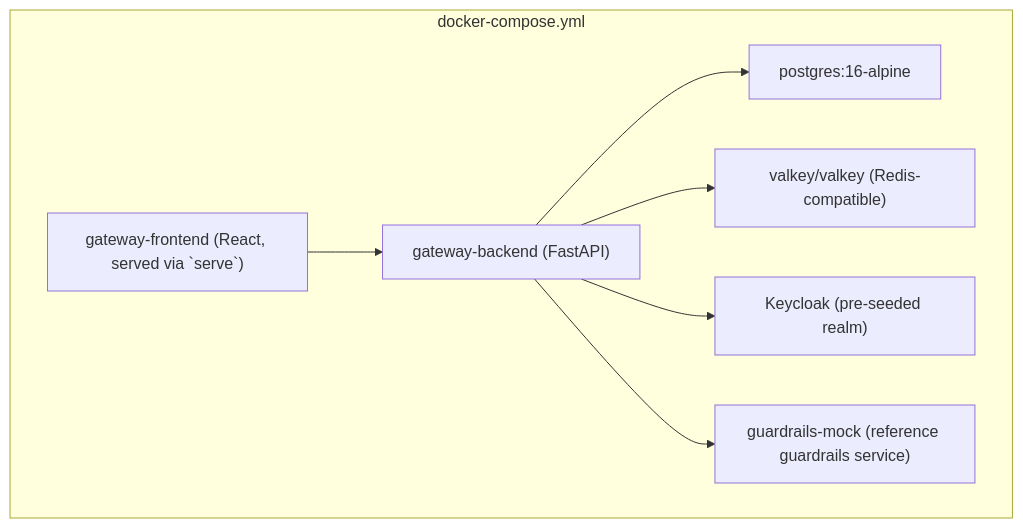
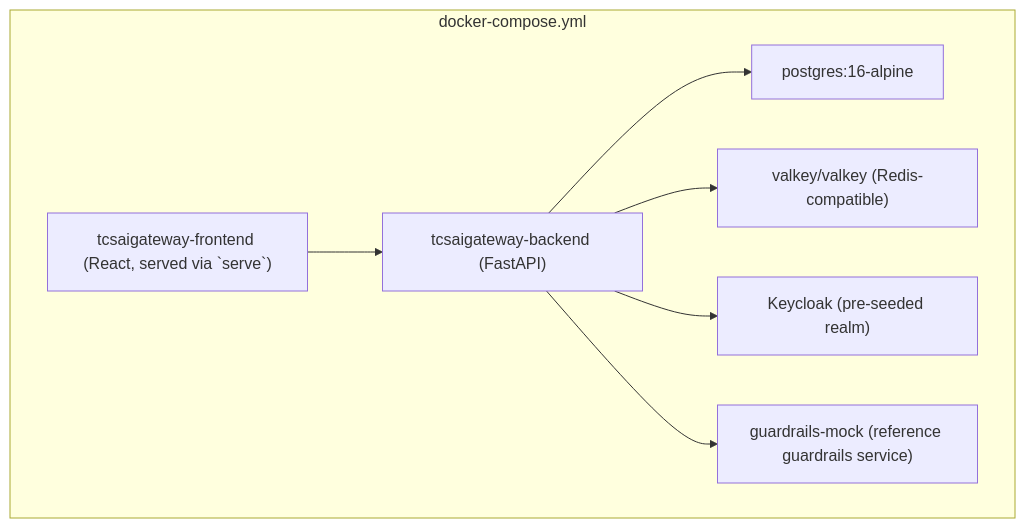
Before and after one commit to anitadc/llm_agent_mcp_gateway: the third of 3 diagrams in doc/HLD.md, drawn with Mermaid. The commit also changed other lines of this file and 32 other files, not shown here.

````diff
--- a/doc/HLD.md
+++ b/doc/HLD.md
@@ -176,16 +176,16 @@
 ```mermaid
 flowchart TB
     subgraph Compose["docker-compose.yml"]
         PG["postgres:16-alpine"]
         VK["valkey/valkey (Redis-compatible)"]
         KC["Keycloak (pre-seeded realm)"]
         GM["guardrails-mock (reference guardrails service)"]
-        BE["gateway-backend (FastAPI)"]
-        FE["gateway-frontend (React, served via `serve`)"]
+        BE["tcsaigateway-backend (FastAPI)"]
+        FE["tcsaigateway-frontend (React, served via `serve`)"]
     end
     FE --> BE
     BE --> PG
     BE --> VK
     BE --> KC
     BE --> GM
 ```
````
